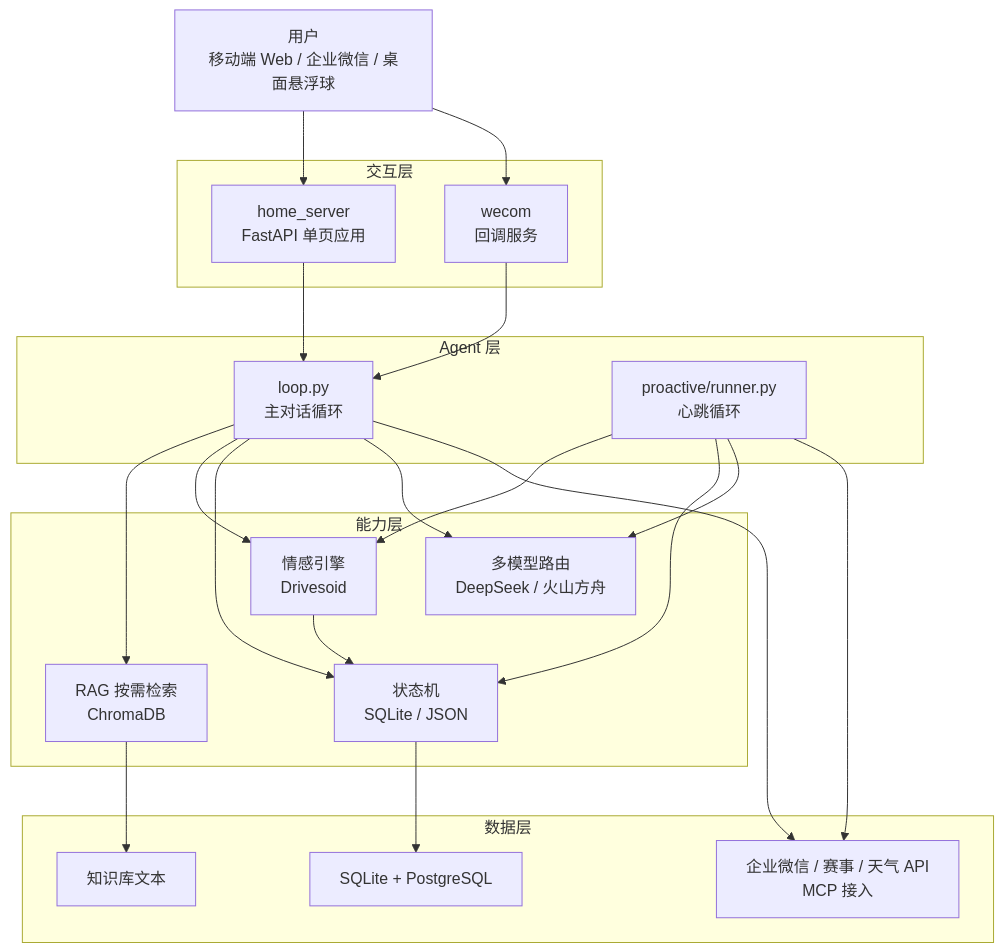
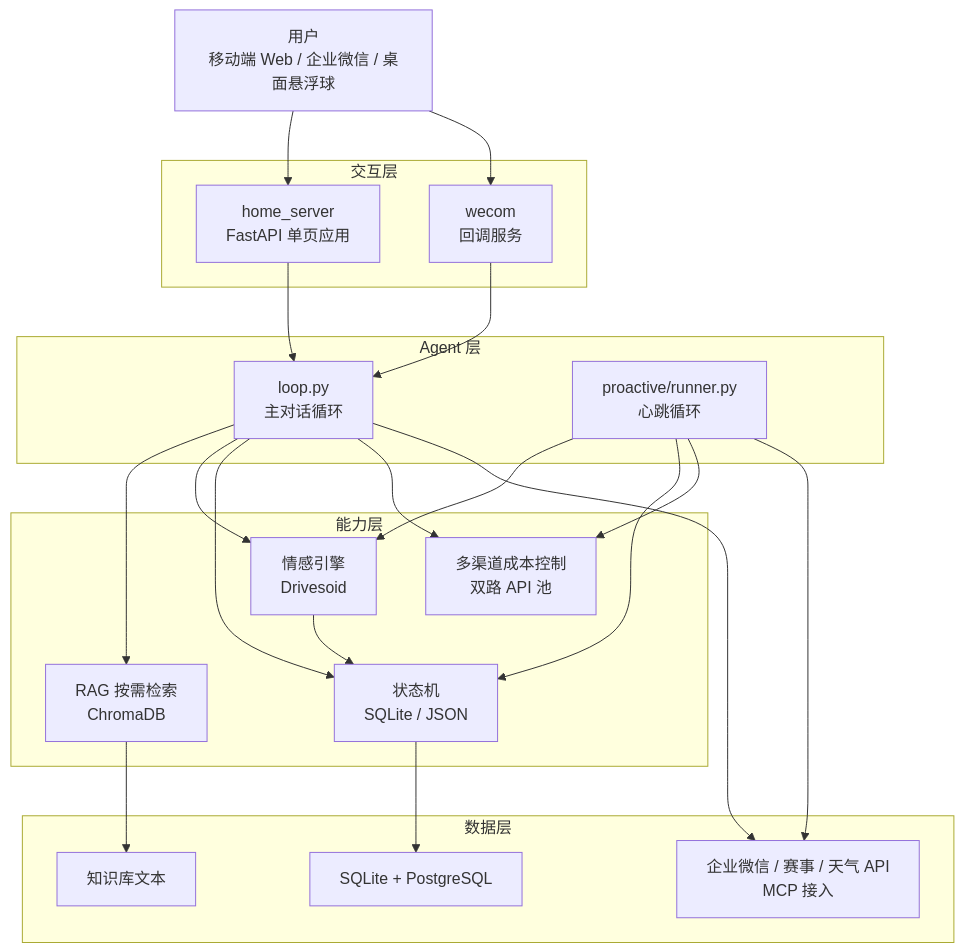
Before and after one commit to olise366oi/kairos-agent: the diagram in README.md, drawn with Mermaid. The commit also changed other lines of this file, not shown here.

````diff
--- a/README.md
+++ b/README.md
@@ -108,39 +108,39 @@
 ```mermaid
 flowchart TD
     U["用户<br/>移动端 Web / 企业微信 / 桌面悬浮球"]
     subgraph L1["交互层"]
         HS["home_server<br/>FastAPI 单页应用"]
         WC["wecom<br/>回调服务"]
     end
     subgraph L2["Agent 层"]
         LP["loop.py<br/>主对话循环"]
         PR["proactive/runner.py<br/>心跳循环"]
     end
     subgraph L3["能力层"]
         RAG["RAG 按需检索<br/>ChromaDB"]
         DE["情感引擎<br/>Drivesoid"]
         SM["状态机<br/>SQLite / JSON"]
-        RT["多模型路由<br/>DeepSeek / 火山方舟"]
+        RT["多渠道成本控制<br/>双路 API 池"]
     end
     subgraph L4["数据层"]
         DB["SQLite + PostgreSQL"]
         KB["知识库文本"]
         EXT["企业微信 / 赛事 / 天气 API<br/>MCP 接入"]
     end
     U --> HS
     U --> WC
     HS --> LP
     WC --> LP
     LP --> RAG
     LP --> DE
     LP --> SM
     LP --> RT
     PR --> DE
     PR --> SM
     PR --> RT
     RAG --> KB
     SM --> DB
     DE --> SM
     LP --> EXT
     PR --> EXT
 ```
````
